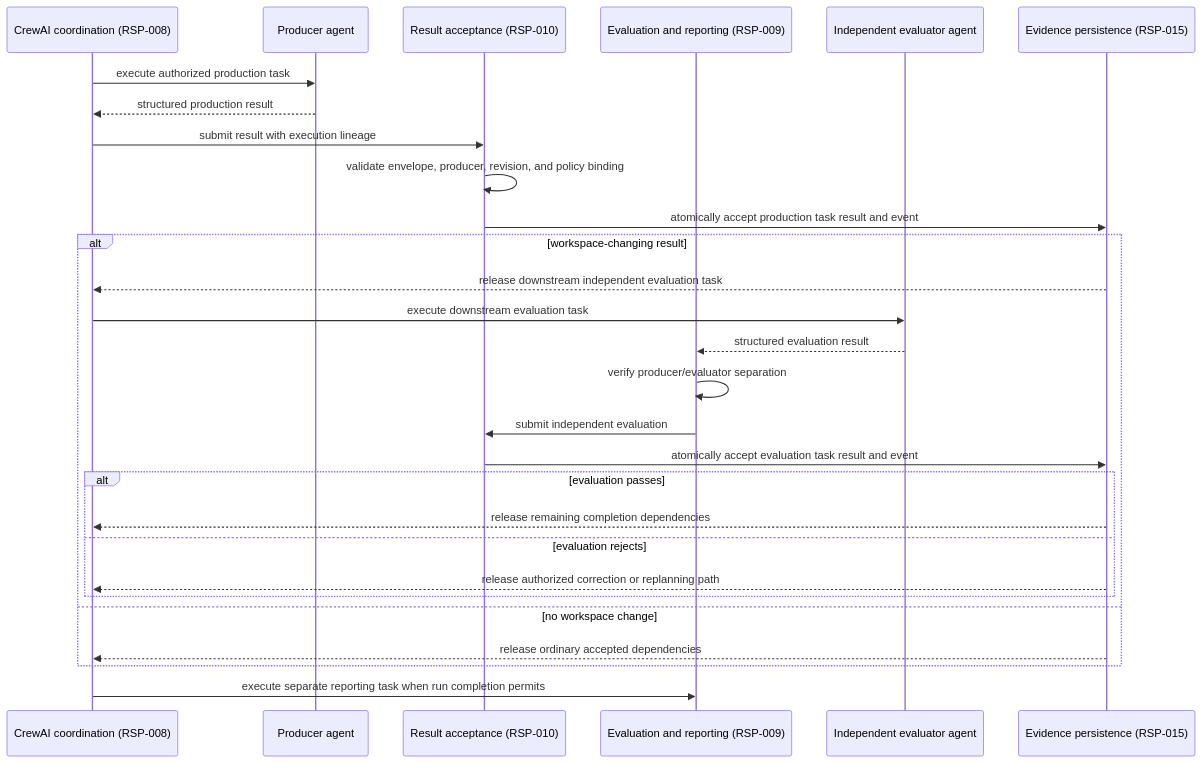
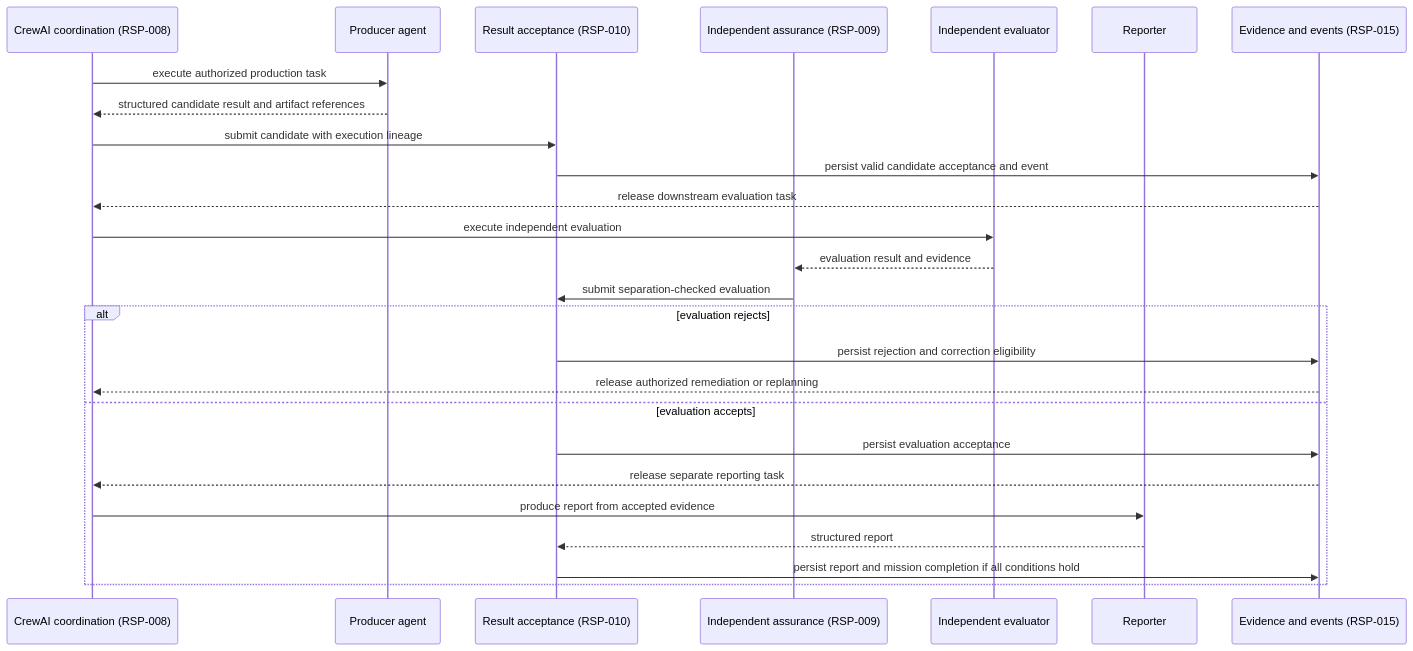
One commit to Y4NN777/mishkan changed the sixth of 12 diagrams in docs/SYSTEM/MODEL.md. Above: the diagram before and after it, drawn with Mermaid. The commit also changed other lines of this file and 1 other file, not shown here.

Commit message:
docs(model): derive mission capability and harness behavior

````diff
--- a/docs/SYSTEM/MODEL.md
+++ b/docs/SYSTEM/MODEL.md
@@ -192,31 +171,28 @@
 ```mermaid
 sequenceDiagram
     participant C as CrewAI coordination (RSP-008)
     participant P as Producer agent
     participant A as Result acceptance (RSP-010)
-    participant E as Evaluation and reporting (RSP-009)
-    participant Q as Independent evaluator agent
-    participant V as Evidence persistence (RSP-015)
-
+    participant Q as Independent assurance (RSP-009)
+    participant E as Independent evaluator
+    participant R as Reporter
+    participant V as Evidence and events (RSP-015)
     C->>P: execute authorized production task
-    P-->>C: structured production result
-    C->>A: submit result with execution lineage
-    A->>A: validate envelope, producer, revision, and policy binding
-    A->>V: atomically accept production task result and event
-    alt workspace-changing result
-        V-->>C: release downstream independent evaluation task
-        C->>Q: execute downstream evaluation task
-        Q-->>E: structured evaluation result
-        E->>E: verify producer/evaluator separation
-        E->>A: submit independent evaluation
-        A->>V: atomically accept evaluation task result and event
-        alt evaluation passes
-            V-->>C: release remaining completion dependencies
-        else evaluation rejects
-            V-->>C: release authorized correction or replanning path
-        end
-    else no workspace change
-        V-->>C: release ordinary accepted dependencies
+    P-->>C: structured candidate result and artifact references
+    C->>A: submit candidate with execution lineage
+    A->>V: persist valid candidate acceptance and event
+    V-->>C: release downstream evaluation task
+    C->>E: execute independent evaluation
+    E-->>Q: evaluation result and evidence
+    Q->>A: submit separation-checked evaluation
+    alt evaluation rejects
+        A->>V: persist rejection and correction eligibility
+        V-->>C: release authorized remediation or replanning
+    else evaluation accepts
+        A->>V: persist evaluation acceptance
+        V-->>C: release separate reporting task
+        C->>R: produce report from accepted evidence
+        R-->>A: structured report
+        A->>V: persist report and mission completion if all conditions hold
     end
-    C->>E: execute separate reporting task when run completion permits
 ```
````
